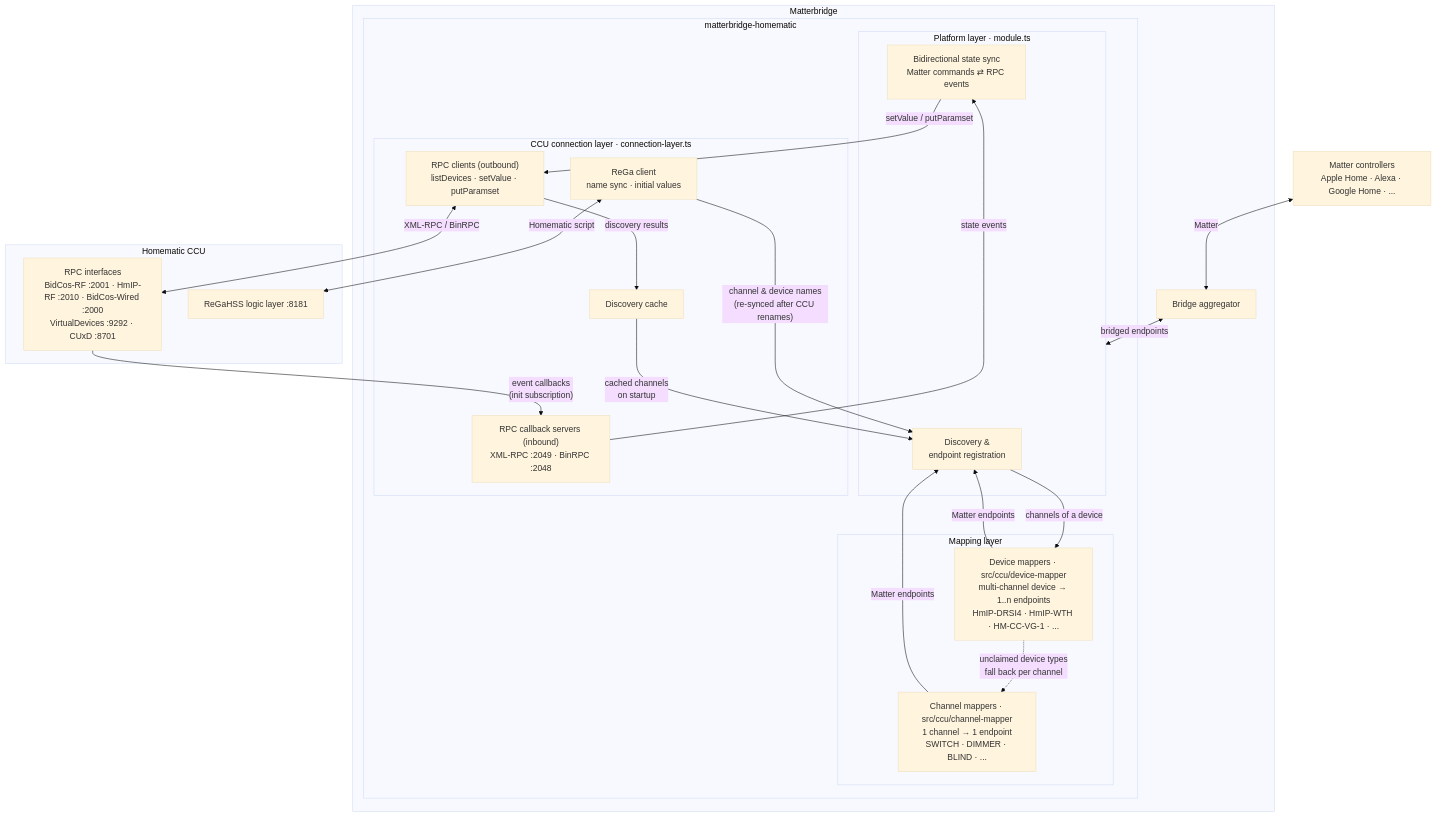
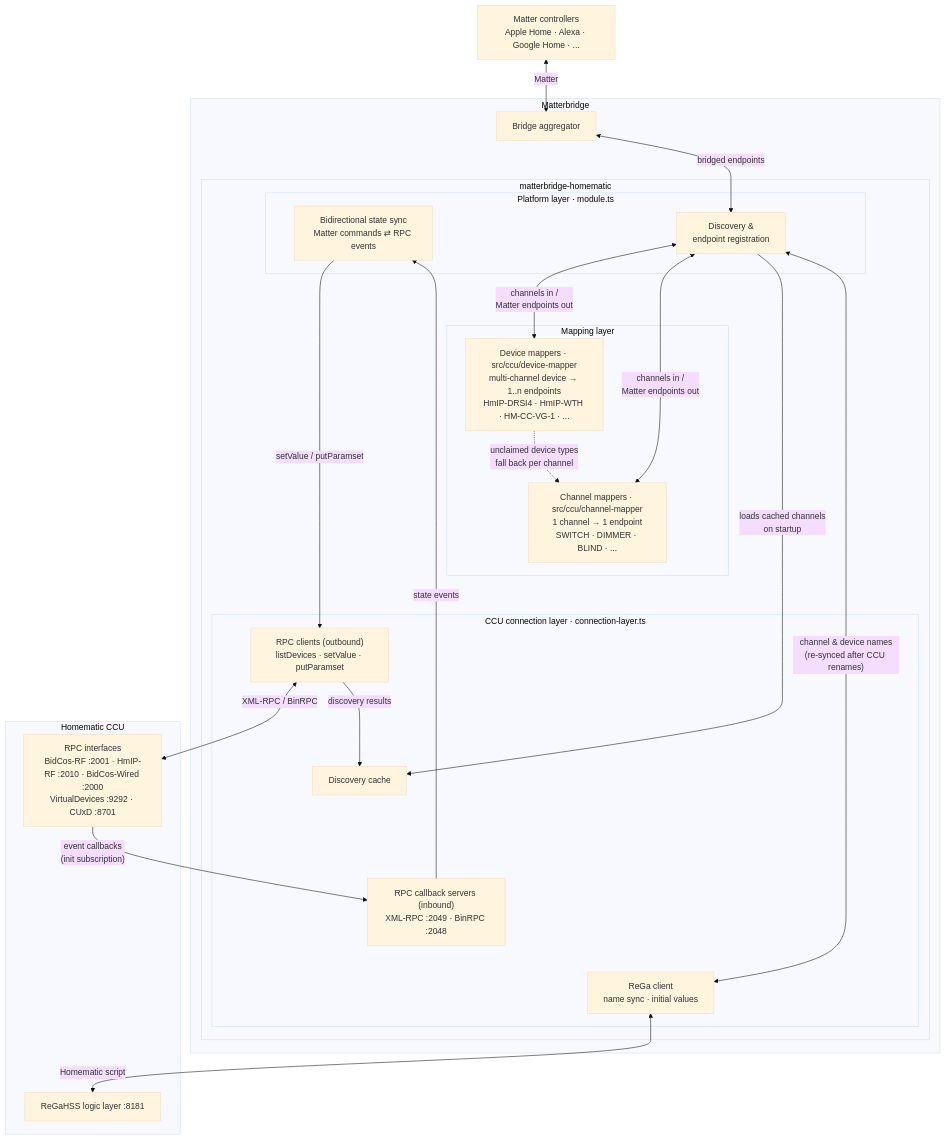
Before and after one commit to hobbyquaker/matterbridge-homematic: the diagram in README.md, drawn with Mermaid (base theme).

Commit message:
docs(readme): improve architecture diagram layout
Anchor the state-sync box beside endpoint registration so the platform
layer stays compact, route the bridged-endpoints edge directly between
bridge aggregator and endpoint registration, and move the ReGa client
to the bottom row of the connection layer so it no longer overlaps the
setValue arrow. Express mapper and cache round trips as bidirectional
or downward edges to keep the top-down ranking stable.

````diff
--- a/README.md
+++ b/README.md
@@ -151,47 +151,49 @@
 ```mermaid
 flowchart TB
     CTRL["Matter controllers<br/>Apple Home · Alexa · Google Home · ..."]
 
     subgraph MB["Matterbridge"]
         AGG["Bridge aggregator"]
 
         subgraph PLUGIN["matterbridge-homematic"]
             subgraph PLATFORM["Platform layer · module.ts"]
                 REG["Discovery &<br/>endpoint registration"]
                 SYNC["Bidirectional state sync<br/>Matter commands ⇄ RPC events"]
             end
 
             subgraph MAPPING["Mapping layer"]
                 DMR["Device mappers · src/ccu/device-mapper<br/>multi-channel device → 1..n endpoints<br/>HmIP-DRSI4 · HmIP-WTH · HM-CC-VG-1 · ..."]
                 CMR["Channel mappers · src/ccu/channel-mapper<br/>1 channel → 1 endpoint<br/>SWITCH · DIMMER · BLIND · ..."]
             end
 
             subgraph CONN["CCU connection layer · connection-layer.ts"]
                 RPC["RPC clients (outbound)<br/>listDevices · setValue · putParamset"]
                 CBS["RPC callback servers (inbound)<br/>XML-RPC :2049 · BinRPC :2048"]
                 CACHE["Discovery cache"]
                 REGAC["ReGa client<br/>name sync · initial values"]
             end
         end
     end
 
     subgraph CCU["Homematic CCU"]
         IFACES["RPC interfaces<br/>BidCos-RF :2001 · HmIP-RF :2010 · BidCos-Wired :2000<br/>VirtualDevices :9292 · CUxD :8701"]
         REGAHSS["ReGaHSS logic layer :8181"]
     end
 
     CTRL <-->|"Matter"| AGG
-    AGG <-->|"bridged endpoints"| PLATFORM
-    REG -->|"channels of a device"| DMR
-    DMR -.->|"unclaimed device types<br/>fall back per channel"| CMR
-    DMR -->|"Matter endpoints"| REG
-    CMR -->|"Matter endpoints"| REG
-    REGAC -->|"channel & device names<br/>(re-synced after CCU renames)"| REG
+    AGG ~~~ SYNC
+    AGG <-->|"bridged endpoints"| REG
     SYNC -->|"setValue / putParamset"| RPC
-    CBS -->|"state events"| SYNC
-    RPC -->|"discovery results"| CACHE
-    CACHE -->|"cached channels<br/>on startup"| REG
     RPC <-->|"XML-RPC / BinRPC"| IFACES
     IFACES -->|"event callbacks<br/>(init subscription)"| CBS
+    CBS -->|"state events"| SYNC
+    CBS ~~~ REGAC
     REGAC <-->|"Homematic script"| REGAHSS
+    REG <-->|"channels in /<br/>Matter endpoints out"| DMR
+    DMR -.->|"unclaimed device types<br/>fall back per channel"| CMR
+    REG <-->|"channels in /<br/>Matter endpoints out"| CMR
+    CMR ~~~ RPC
+    RPC -->|"discovery results"| CACHE
+    REG -->|"loads cached channels<br/>on startup"| CACHE
+    REG <-->|"channel & device names<br/>(re-synced after CCU renames)"| REGAC
 ```
````
